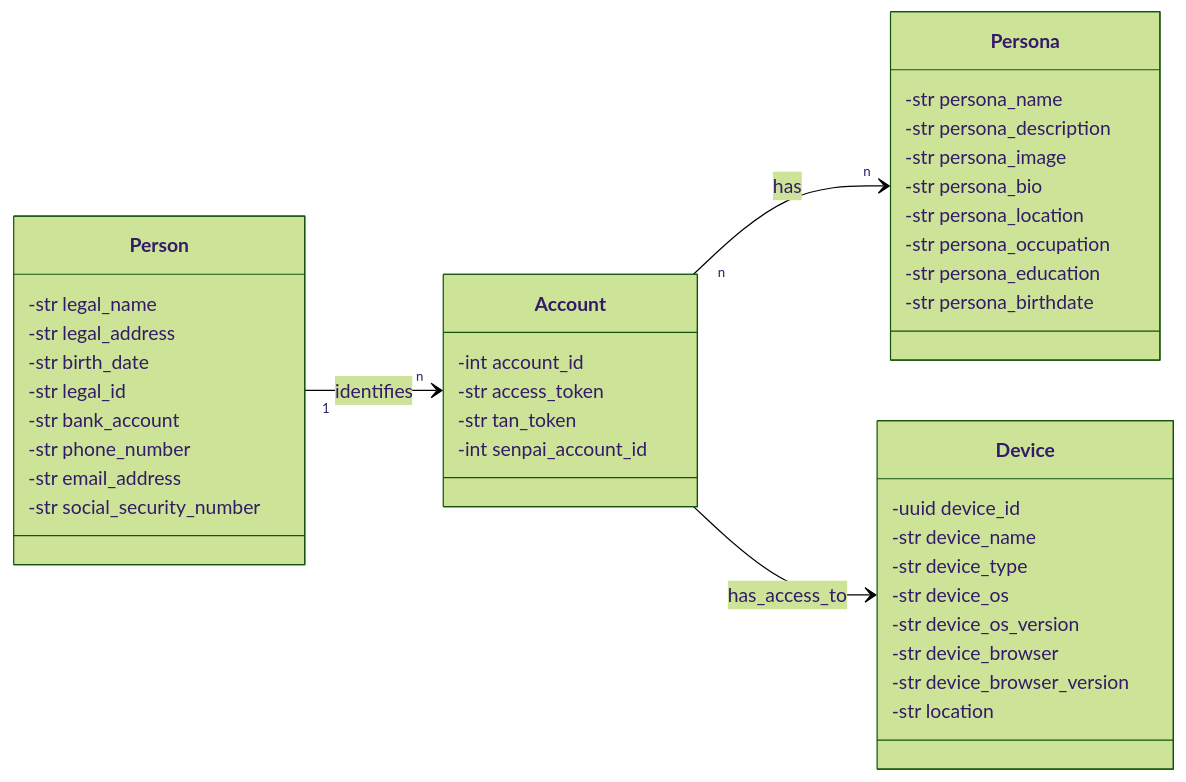
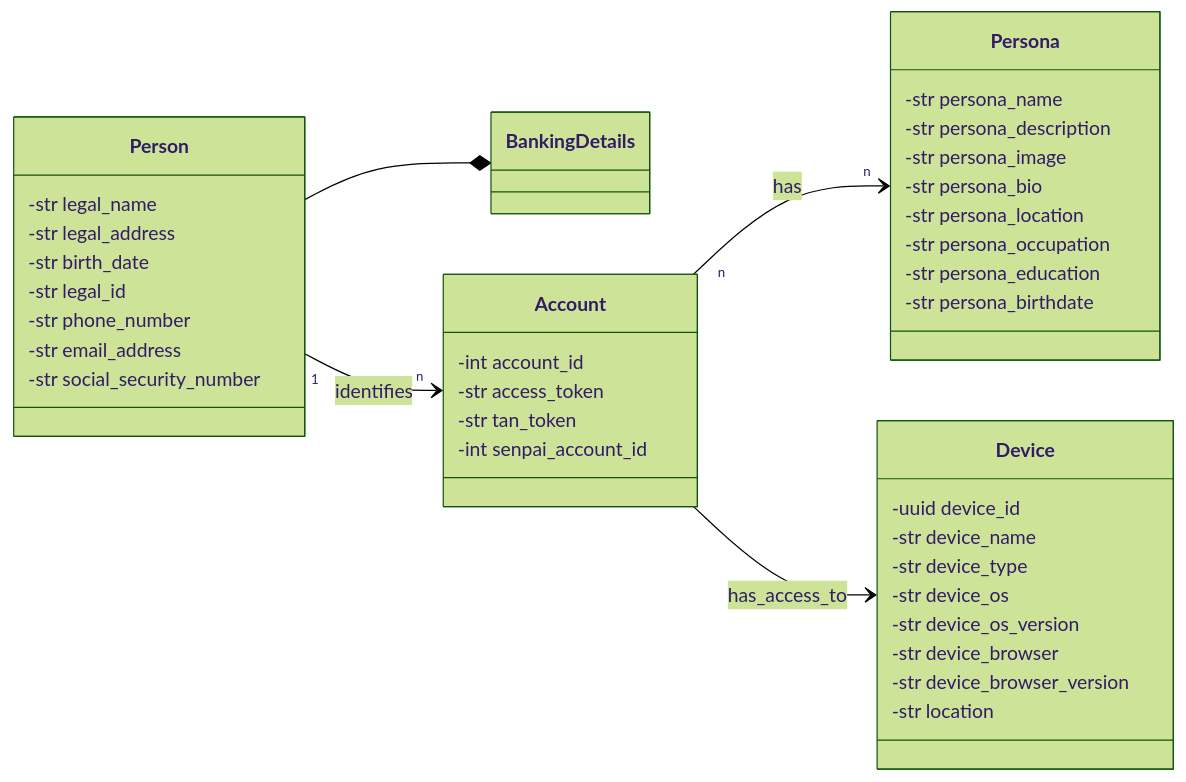
The first of 2 diagrams in Documentation/technical/voting.md (TetraPlex-org/central), drawn with Mermaid (forest theme) before and after one commit.

````diff
--- a/Documentation/technical/voting.md
+++ b/Documentation/technical/voting.md
@@ -15,50 +15,53 @@
 ```mermaid
 classDiagram
 direction LR
     class Person{
         -str legal_name
         -str legal_address
         -str birth_date
         -str legal_id
-        -str bank_account
         -str phone_number
         -str email_address
         -str social_security_number
     }
+    Person --* BankingDetails
+
+    class BankingDetails
+
 
     class Account{
         -int account_id
         %% jwt token, used to login, simplest form of authentication, can't be used to access personal data
         -str access_token
         %% token used by OTP (one time password) apps like google authenticator for two-factor authentication
         -str tan_token
         %% senpai is the account that introduced this account to the system
         -int senpai_account_id
     }
 
     class Device{
         -uuid device_id
         -str device_name
         -str device_type
         -str device_os
         -str device_os_version
         -str device_browser
         -str device_browser_version
         -str location
     }
 
     class Persona{
         -str persona_name
         -str persona_description
         -str persona_image
         -str persona_bio
         -str persona_location
         -str persona_occupation
         -str persona_education
         -str persona_birthdate
     }
 
     Account "n" --> "n" Persona : has
     Person "1" --> "n" Account : identifies
     Account --> Device: has_access_to
 ```
````
